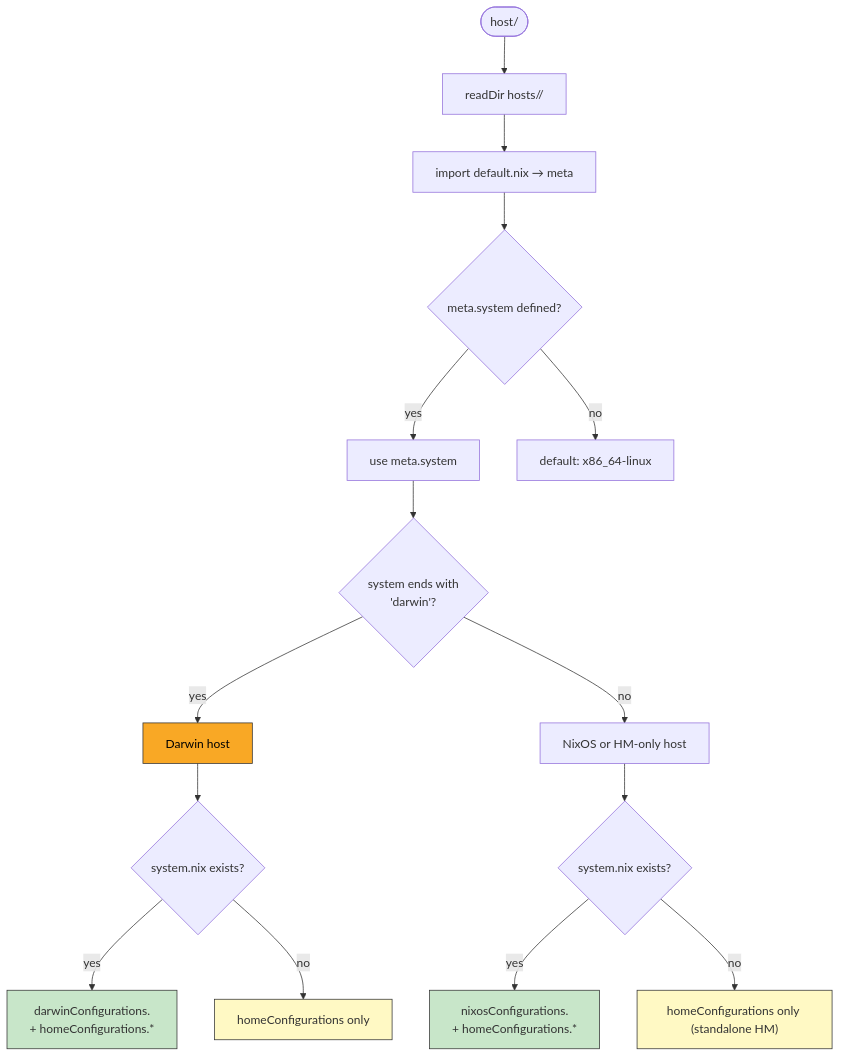
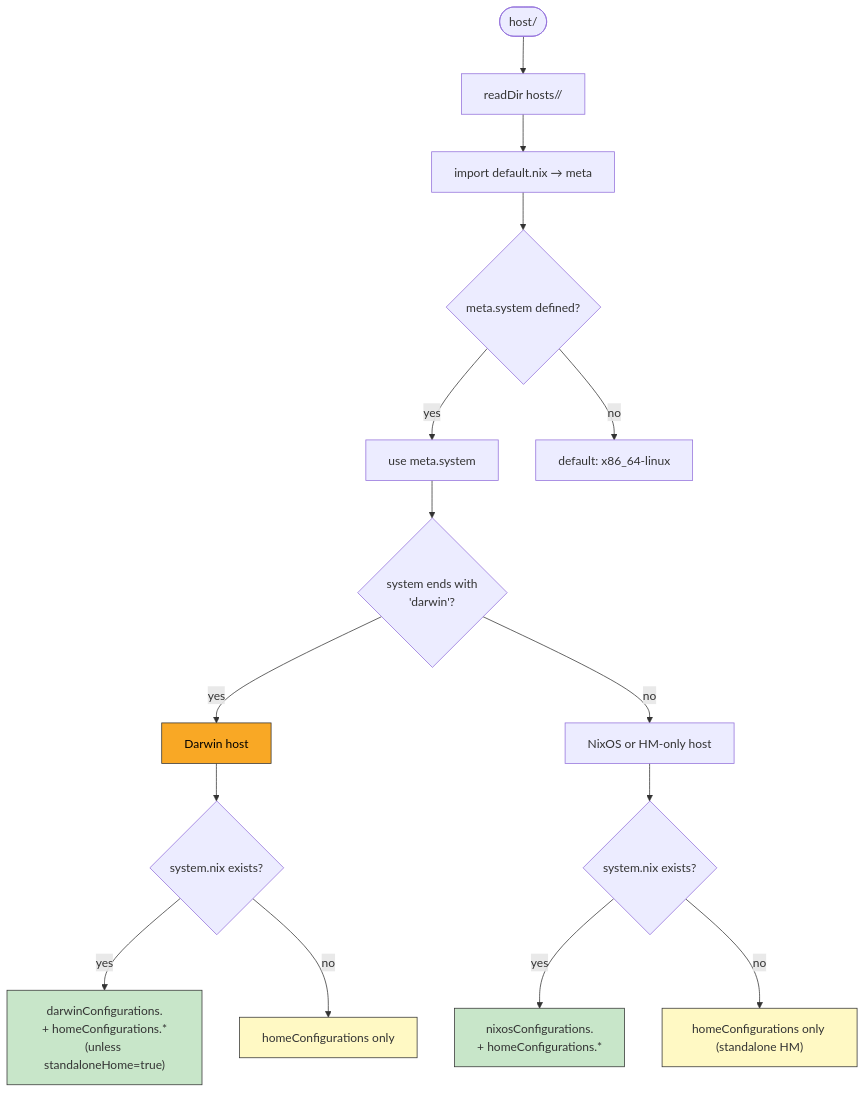
One commit to WombatFromHell/automatic-palm-tree changed the third of 6 diagrams in DESIGN.md. Above: the diagram before and after it, drawn with Mermaid. The commit also changed other lines of this file and 15 other files, not shown here.

````diff
--- a/DESIGN.md
+++ b/DESIGN.md
@@ -109,26 +114,26 @@
 ```mermaid
 flowchart TD
     Start(["host/"]) --> readDir["readDir hosts/<name>/"]
     readDir --> readMeta["import default.nix → meta"]
     readMeta --> hasMeta{"meta.system defined?"}
     hasMeta -->|yes| finalSys["use meta.system"]
     hasMeta -->|no| defaultSys["default: x86_64-linux"]
 
     finalSys --> classify{"system ends with\n'darwin'?"}
     classify -->|yes| darwinHost["Darwin host"]
     classify -->|no| linuxHost["NixOS or HM-only host"]
 
     darwinHost --> hasSys{"system.nix exists?"}
-    hasSys -->|yes| fullDarwin["darwinConfigurations.<host>\n+ homeConfigurations.*"]
+    hasSys -->|yes| fullDarwin["darwinConfigurations.<host>\n+ homeConfigurations.*\n(unless standaloneHome=true)"]
     hasSys -->|no| hmOnlyDarwin["homeConfigurations only"]
 
     linuxHost --> hasSys2{"system.nix exists?"}
     hasSys2 -->|yes| fullLinux["nixosConfigurations.<host>\n+ homeConfigurations.*"]
     hasSys2 -->|no| hmOnlyLinux["homeConfigurations only (standalone HM)"]
 
     style darwinHost fill:#f9a825,stroke:#333,color:#000
     style fullDarwin fill:#c8e6c9,stroke:#333
     style fullLinux fill:#c8e6c9,stroke:#333
     style hmOnlyDarwin fill:#fff9c4,stroke:#333
     style hmOnlyLinux fill:#fff9c4,stroke:#333
 ```
````
